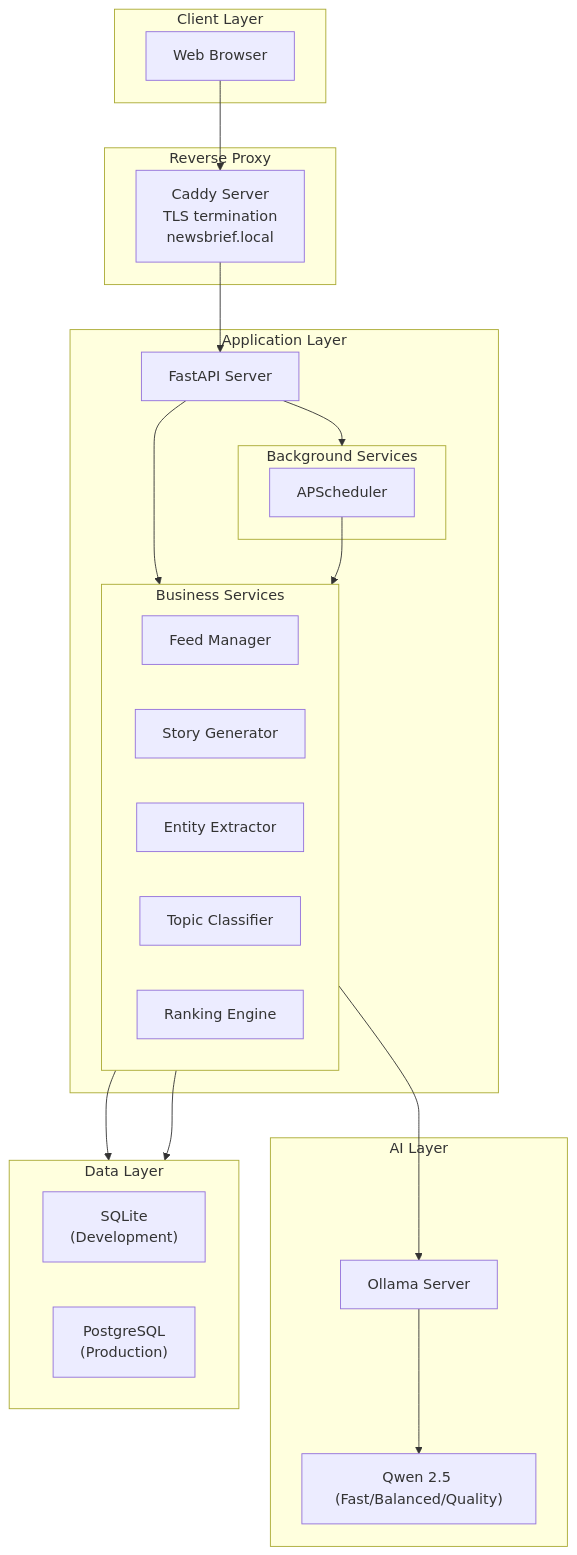
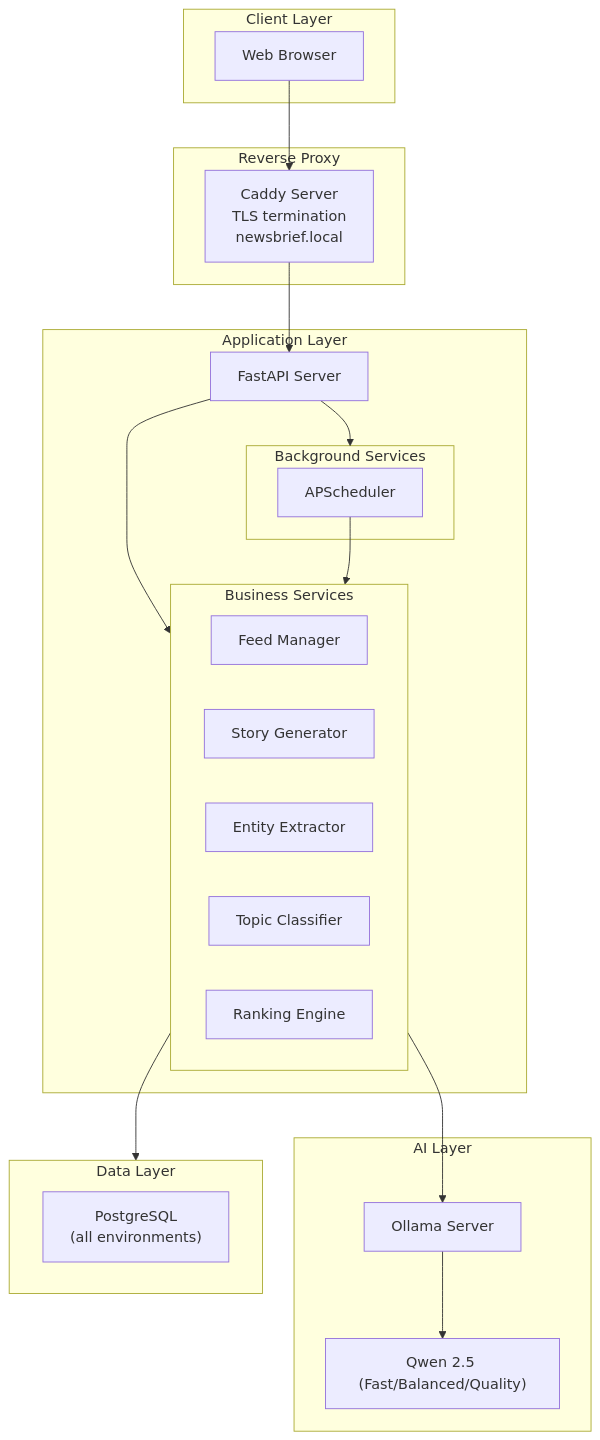
Before and after one commit to Deim0s13/newsbrief: the second of 11 diagrams in docs/ARCHITECTURE.md, drawn with Mermaid. The commit also changed other lines of this file and 22 other files, not shown here.

````diff
--- a/docs/ARCHITECTURE.md
+++ b/docs/ARCHITECTURE.md
@@ -322,47 +322,45 @@
 ```mermaid
 flowchart TB
     subgraph Client["Client Layer"]
         Browser["Web Browser"]
     end
 
     subgraph Proxy["Reverse Proxy"]
         Caddy["Caddy Server<br/>TLS termination<br/>newsbrief.local"]
     end
 
     subgraph App["Application Layer"]
         FastAPI["FastAPI Server"]
 
         subgraph Services["Business Services"]
             FeedMgr["Feed Manager"]
             StoryGen["Story Generator"]
             EntityExt["Entity Extractor"]
             TopicClass["Topic Classifier"]
             Ranking["Ranking Engine"]
         end
 
         subgraph Background["Background Services"]
             Scheduler["APScheduler"]
         end
     end
 
     subgraph AI["AI Layer"]
         Ollama["Ollama Server"]
         LLM["Qwen 2.5 (Fast/Balanced/Quality)"]
     end
 
     subgraph Data["Data Layer"]
         direction LR
-        SQLite["SQLite<br/>(Development)"]
-        PostgreSQL["PostgreSQL<br/>(Production)"]
+        PostgreSQL["PostgreSQL<br/>(all environments)"]
     end
 
     Browser --> Caddy
     Caddy --> FastAPI
     FastAPI --> Services
     FastAPI --> Background
     Services --> Ollama
     Ollama --> LLM
-    Services --> SQLite
     Services --> PostgreSQL
     Scheduler --> Services
 ```
````
